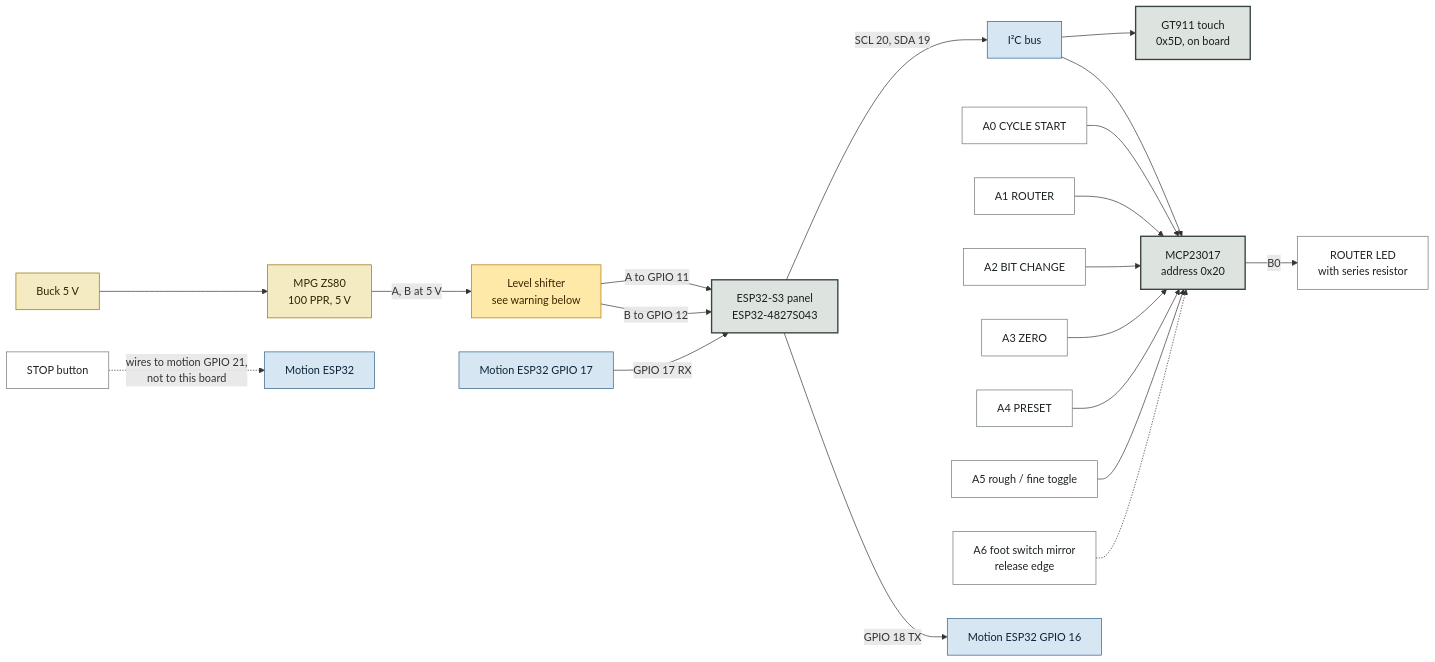
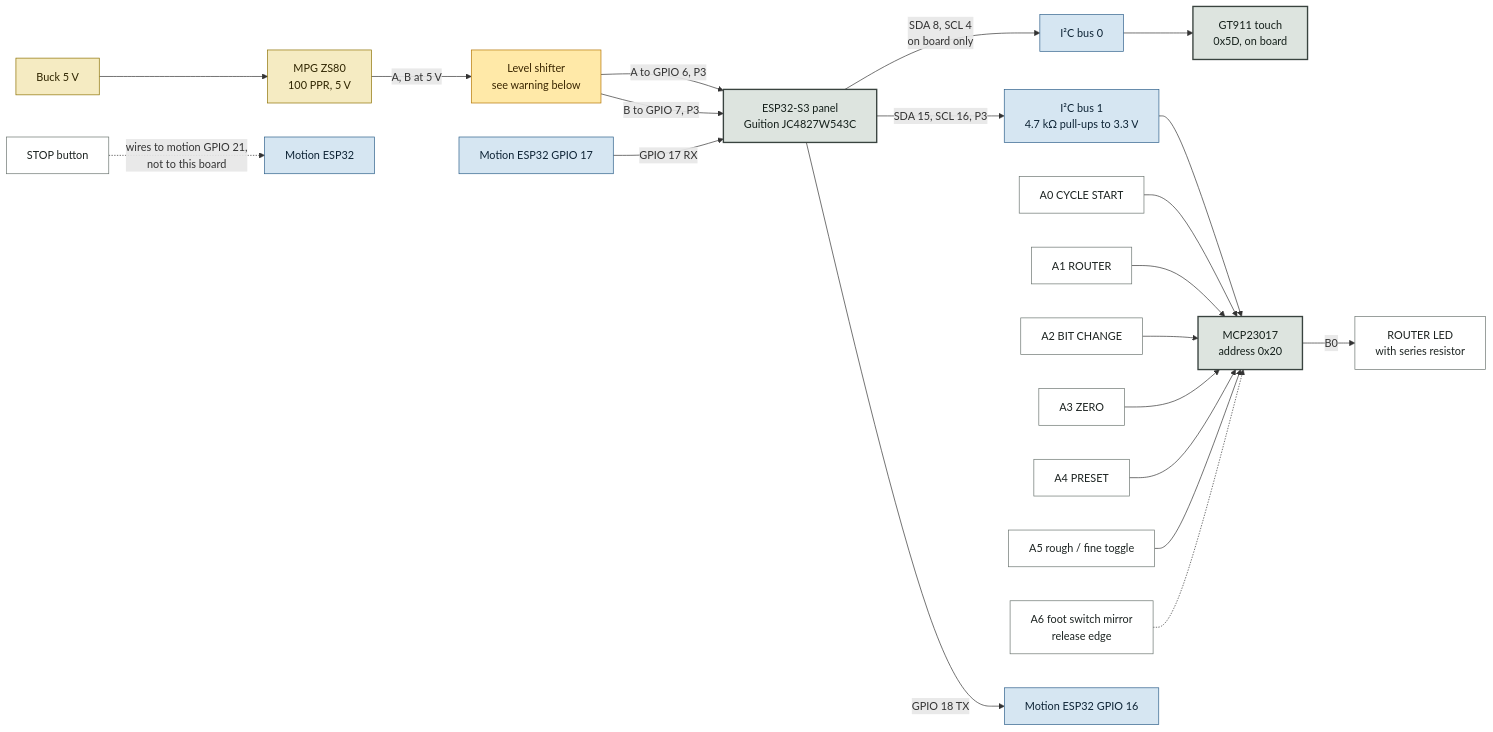
Before and after one commit to swissMack/routerLift: the sixth of 6 diagrams in docs/WIRING-RevH.md, drawn with Mermaid. The commit also changed other lines of this file and 12 other files, not shown here.

First line of the commit message:
docs: correct the HMI board to the Guition JC4827W543C

````diff
--- a/docs/WIRING-RevH.md
+++ b/docs/WIRING-RevH.md
@@ -298,37 +299,38 @@
 ```mermaid
 flowchart LR
   classDef board fill:#DDE4DF,stroke:#39433F,color:#15201B,stroke-width:2px
   classDef v33 fill:#D6E6F2,stroke:#2C5F8A,color:#0E2436
   classDef v5 fill:#F5EBC2,stroke:#8C7000,color:#2F2500
   classDef field fill:#FFFFFF,stroke:#6B7570,color:#1C2321
   classDef warn fill:#FFE9A8,stroke:#B37400,color:#3A2600
 
   MPG["MPG ZS80<br/>100 PPR, 5 V"] -->|"A, B at 5 V"| LS["Level shifter<br/>see warning below"]
   B5["Buck 5 V"] --> MPG
-  LS -->|"A to GPIO 11"| S3
-  LS -->|"B to GPIO 12"| S3
+  LS -->|"A to GPIO 6, P3"| S3
+  LS -->|"B to GPIO 7, P3"| S3
 
-  S3["ESP32-S3 panel<br/>ESP32-4827S043"]
-  S3 -->|"SCL 20, SDA 19"| BUS["I²C bus"]
-  BUS --> GT["GT911 touch<br/>0x5D, on board"]
+  S3["ESP32-S3 panel<br/>Guition JC4827W543C"]
+  S3 -->|"SDA 8, SCL 4<br/>on board only"| TBUS["I²C bus 0"]
+  TBUS --> GT["GT911 touch<br/>0x5D, on board"]
+  S3 -->|"SDA 15, SCL 16, P3"| BUS["I²C bus 1<br/>4.7 kΩ pull-ups to 3.3 V"]
   BUS --> MCP["MCP23017<br/>address 0x20"]
 
   A0["A0 CYCLE START"] --> MCP
   A1["A1 ROUTER"] --> MCP
   A2["A2 BIT CHANGE"] --> MCP
   A3["A3 ZERO"] --> MCP
   A4["A4 PRESET"] --> MCP
   A5["A5 rough / fine toggle"] --> MCP
   A6["A6 foot switch mirror<br/>release edge"] -.-> MCP
   MCP -->|"B0"| LED["ROUTER LED<br/>with series resistor"]
 
   S3 -->|"GPIO 18 TX"| FRX["Motion ESP32 GPIO 16"]
   FTX["Motion ESP32 GPIO 17"] -->|"GPIO 17 RX"| S3
   STOP["STOP button"] -.->|"wires to motion GPIO 21,<br/>not to this board"| FST["Motion ESP32"]
 
   class S3,GT,MCP board
-  class BUS,FRX,FTX,FST v33
+  class BUS,TBUS,FRX,FTX,FST v33
   class MPG,B5 v5
   class A0,A1,A2,A3,A4,A5,A6,LED,STOP field
   class LS warn
 ```
````
